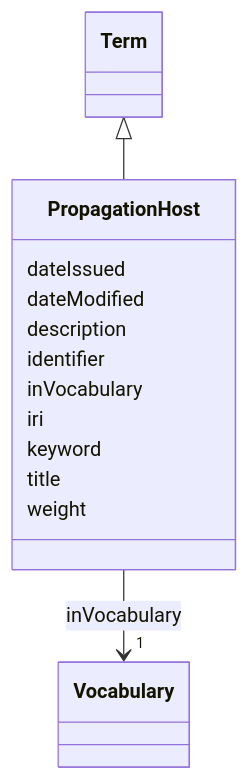
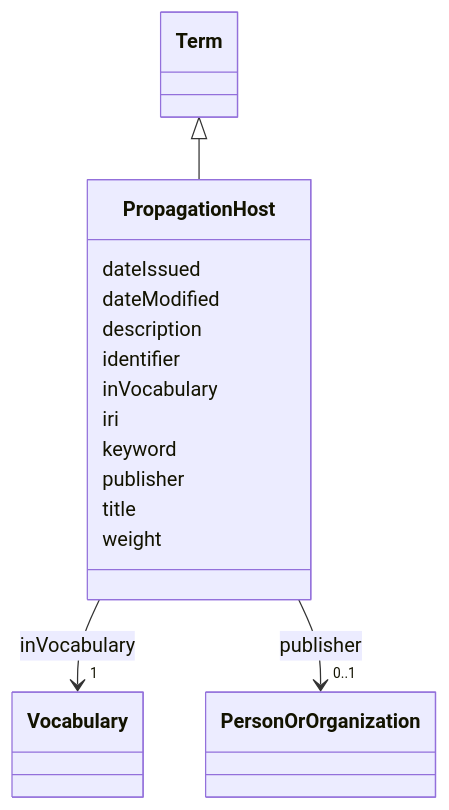
One commit to EVORA-project/evora-ontology changed the diagram in models/docs/PropagationHost.md. Above: the diagram before and after it, drawn with Mermaid. The commit also changed other lines of this file and 468 other files, not shown here.

````diff
--- a/models/docs/PropagationHost.md
+++ b/models/docs/PropagationHost.md
@@ -19,34 +19,43 @@
 ```mermaid
  classDiagram
     class PropagationHost
     click PropagationHost href "../PropagationHost"
       Term <|-- PropagationHost
         click Term href "../Term"
       
       PropagationHost : dateIssued
         
       PropagationHost : dateModified
         
       PropagationHost : description
         
       PropagationHost : identifier
         
       PropagationHost : inVocabulary
         
           
     
     
     PropagationHost --> "1" Vocabulary : inVocabulary
     click Vocabulary href "../Vocabulary"
 
         
       PropagationHost : iri
         
       PropagationHost : keyword
         
+      PropagationHost : publisher
+        
+          
+    
+    
+    PropagationHost --> "0..1" PersonOrOrganization : publisher
+    click PersonOrOrganization href "../PersonOrOrganization"
+
+        
       PropagationHost : title
         
       PropagationHost : weight
         
       
 ```
````
